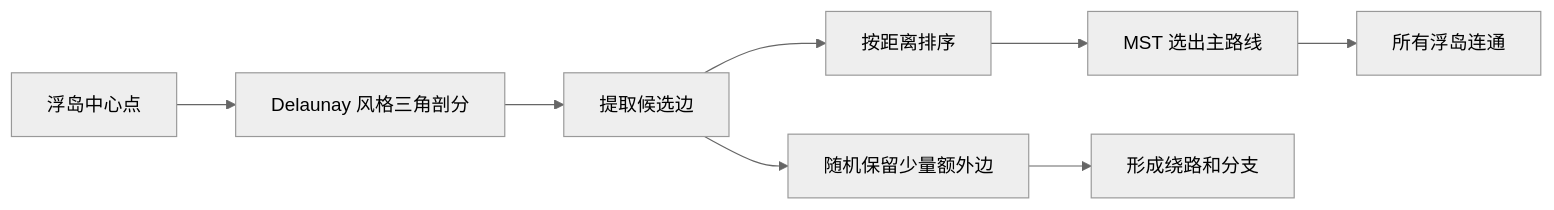
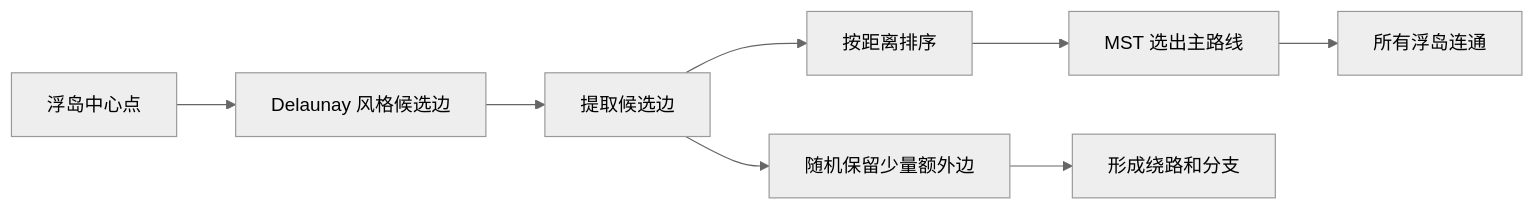
One commit to jeoor/skyspy changed the second of 6 diagrams in docs/ALGORITHMS.md. Above: the diagram before and after it, drawn with Mermaid (neutral theme). The commit also changed other lines of this file and 3 other files, not shown here.

````diff
--- a/docs/ALGORITHMS.md
+++ b/docs/ALGORITHMS.md
@@ -105,10 +105,10 @@
 ```mermaid
 flowchart LR
-    A[浮岛中心点] --> B[Delaunay 风格三角剖分]
+    A[浮岛中心点] --> B[Delaunay 风格候选边]
     B --> C[提取候选边]
     C --> D[按距离排序]
     D --> E[MST 选出主路线]
     E --> F[所有浮岛连通]
     C --> G[随机保留少量额外边]
     G --> H[形成绕路和分支]
 ```
````
